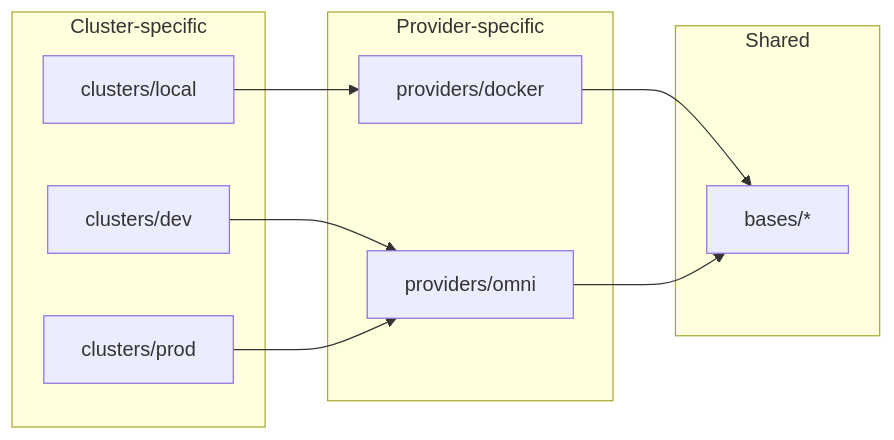
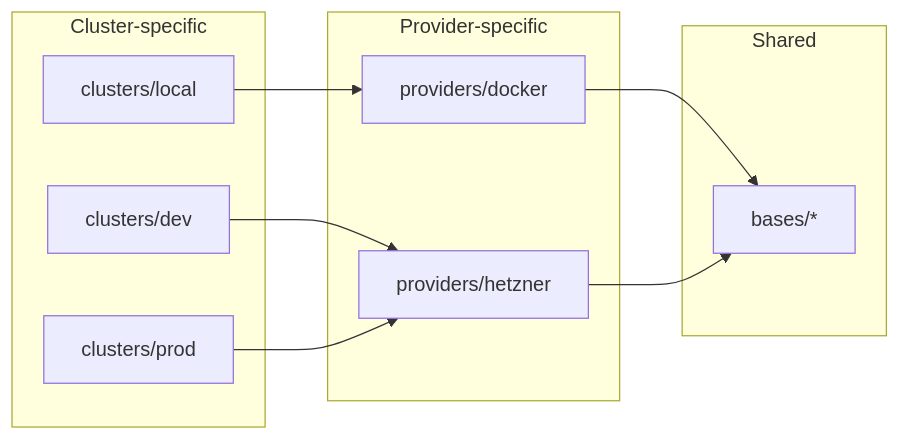
One commit to devantler-tech/platform changed the first of 2 diagrams in README.md. Above: the diagram before and after it, drawn with Mermaid. The commit also changed other lines of this file and 27 other files, not shown here.

````diff
--- a/README.md
+++ b/README.md
@@ -107,23 +106,23 @@
 ```mermaid
 graph LR
   subgraph "Cluster-specific"
     local["clusters/local"]
     dev["clusters/dev"]
     prod["clusters/prod"]
   end
 
   subgraph "Provider-specific"
     docker["providers/docker"]
-    omni["providers/omni"]
+    hetzner["providers/hetzner"]
   end
 
   subgraph "Shared"
     bases["bases/*"]
   end
 
   local --> docker
-  dev --> omni
-  prod --> omni
+  dev --> hetzner
+  prod --> hetzner
   docker --> bases
-  omni --> bases
+  hetzner --> bases
 ```
````
